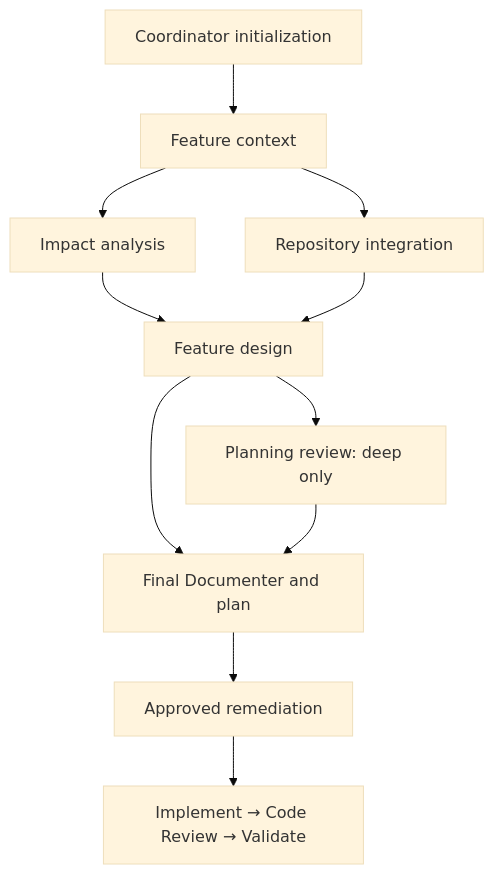
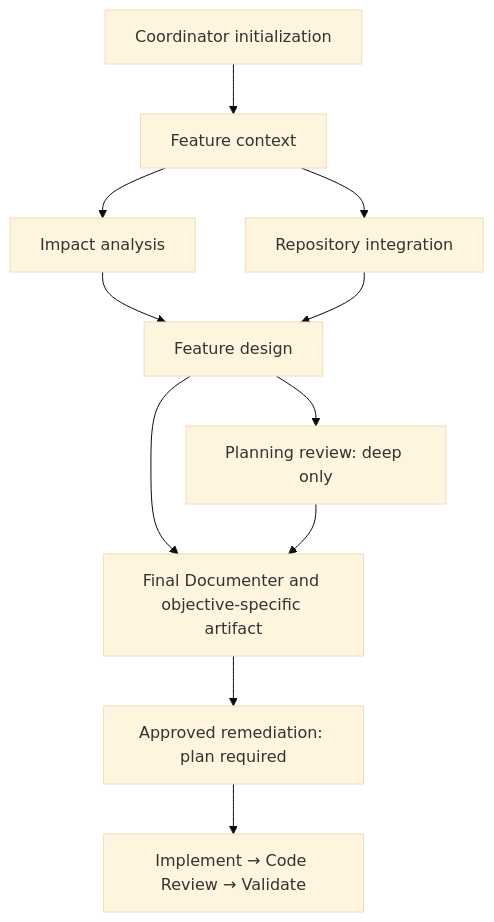
The third of 6 diagrams in PLAYBOOK_CATALOG.md (daniel-galvan/ai-engineering-workflow-framework), drawn with Mermaid (base theme) before and after one commit. The commit also changed other lines of this file and 11 other files, not shown here.

````diff
--- a/PLAYBOOK_CATALOG.md
+++ b/PLAYBOOK_CATALOG.md
@@ -82,13 +85,13 @@
 ```mermaid
 flowchart TB
     A["Coordinator initialization"] --> B["Feature context"]
     B --> C["Impact analysis"]
     B --> D["Repository integration"]
     C --> E["Feature design"]
     D --> E
     E --> F["Planning review: deep only"]
-    E --> G["Final Documenter and plan"]
+    E --> G["Final Documenter and objective-specific artifact"]
     F --> G
-    G --> H["Approved remediation"]
+    G --> H["Approved remediation: plan required"]
     H --> I["Implement → Code Review → Validate"]
 ```
````
